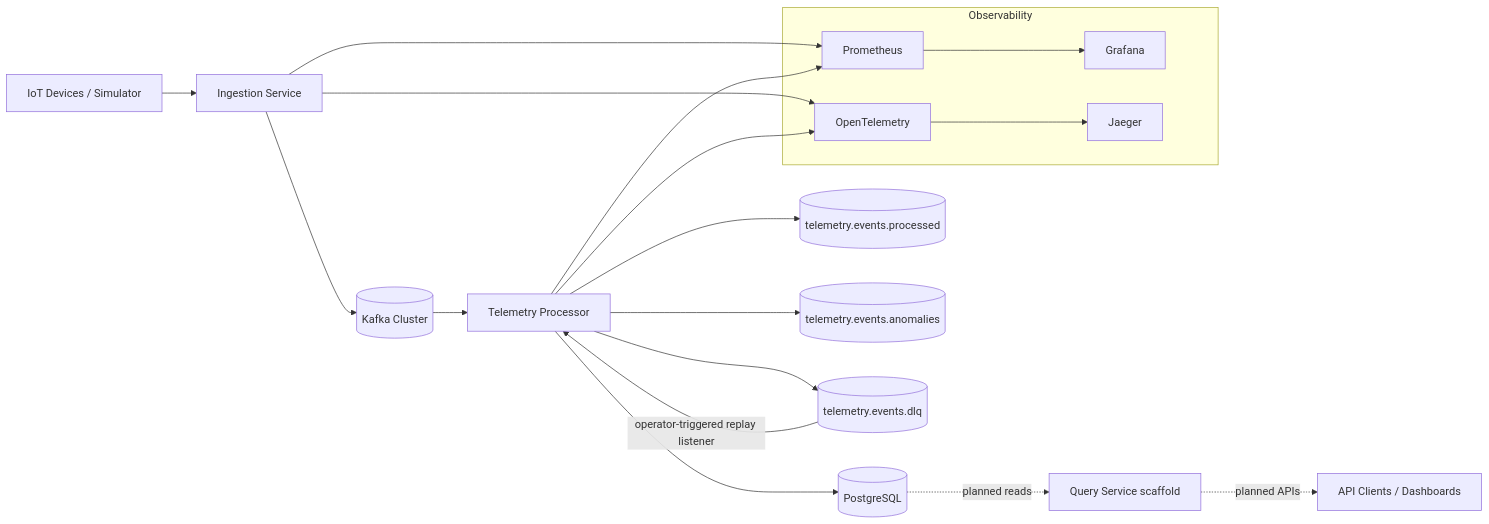
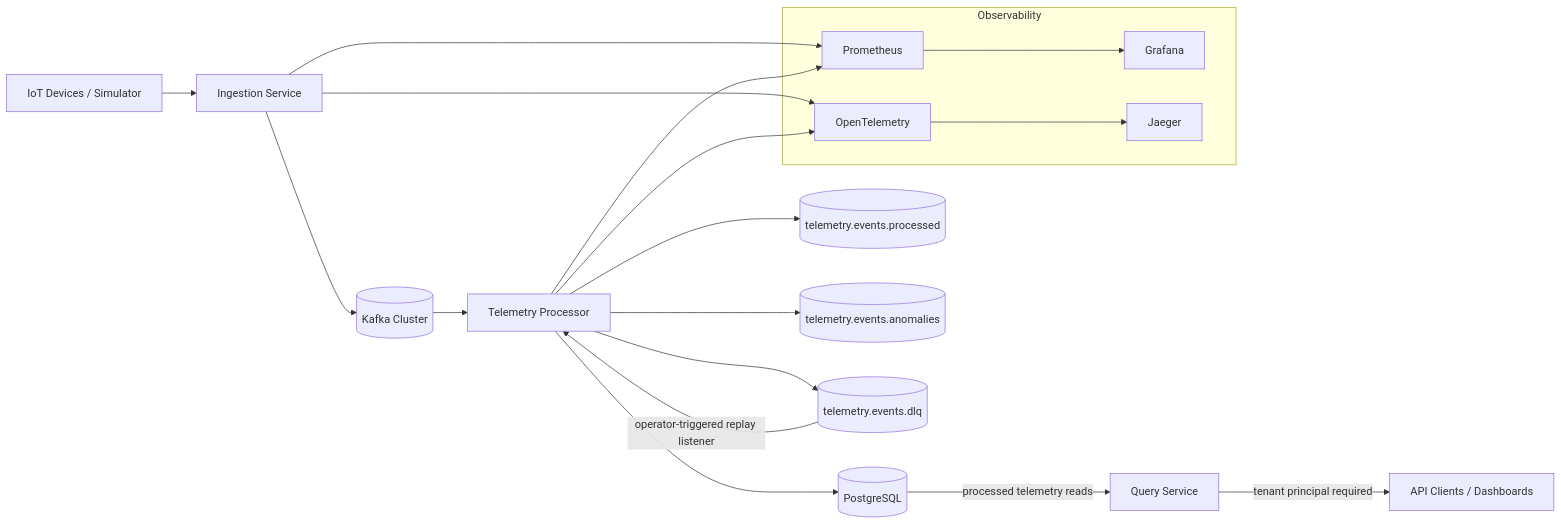
One commit to ME-Massine/pulsestream changed the diagram in README.md. Above: the diagram before and after it, drawn with Mermaid. The commit also changed other lines of this file and 43 other files, not shown here.

Commit message:
feat(query): implement tenant-scoped processed telemetry API (#356)

````diff
--- a/README.md
+++ b/README.md
@@ -25,31 +25,31 @@
 ```mermaid
 flowchart LR
     A[IoT Devices / Simulator] --> B[Ingestion Service]
     B --> C[(Kafka Cluster)]
 
     C --> D[Telemetry Processor]
     D --> E[(PostgreSQL)]
-    E -.->|planned reads| F[Query Service scaffold]
-    F -.->|planned APIs| G[API Clients / Dashboards]
+    E -->|processed telemetry reads| F[Query Service]
+    F -->|tenant principal required| G[API Clients / Dashboards]
 
     D --> H[(telemetry.events.processed)]
     D --> I[(telemetry.events.anomalies)]
     D --> J[(telemetry.events.dlq)]
     J -->|operator-triggered replay listener| D
 
     subgraph Observability
         K[Prometheus]
         L[Grafana]
         M[OpenTelemetry]
         N[Jaeger]
     end
 
     B --> K
     D --> K
 
     B --> M
     D --> M
 
     K --> L
     M --> N
 ```
````
